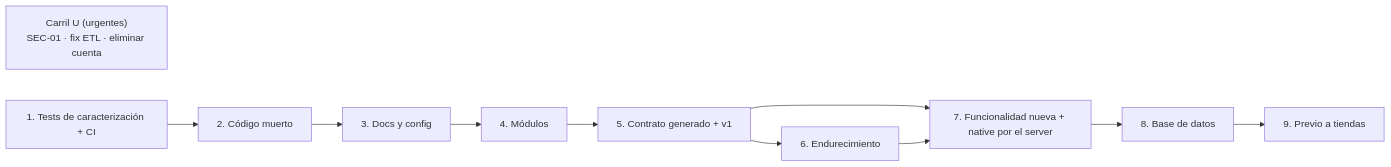
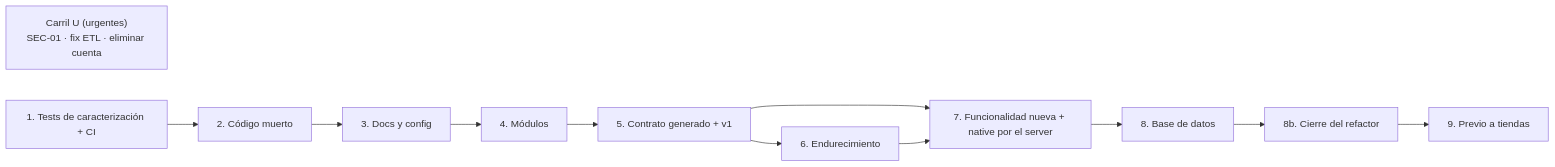
Before and after one commit to jereSava1/fitogenix-server: the diagram in docs/05-plan.md, drawn with Mermaid. The commit also changed other lines of this file and 1 other file, not shown here.

Commit message:
docs: etapa 8b (cierre del refactor) y B-03 ampliado (D-90)

````diff
--- a/docs/05-plan.md
+++ b/docs/05-plan.md
@@ -30,10 +31,11 @@
 ```mermaid
 flowchart LR
   U["Carril U (urgentes)<br/>SEC-01 · fix ETL · eliminar cuenta"]
   E1["1. Tests de caracterización + CI"] --> E2["2. Código muerto"] --> E3["3. Docs y config"] --> E4["4. Módulos"] --> E5["5. Contrato generado + v1"]
   E5 --> E6["6. Endurecimiento"]
   E5 --> E7["7. Funcionalidad nueva + native por el server"]
   E6 --> E7
   E7 --> E8["8. Base de datos"]
-  E8 --> E9["9. Previo a tiendas"]
+  E8 --> E8b["8b. Cierre del refactor"]
+  E8b --> E9["9. Previo a tiendas"]
 ```
````
